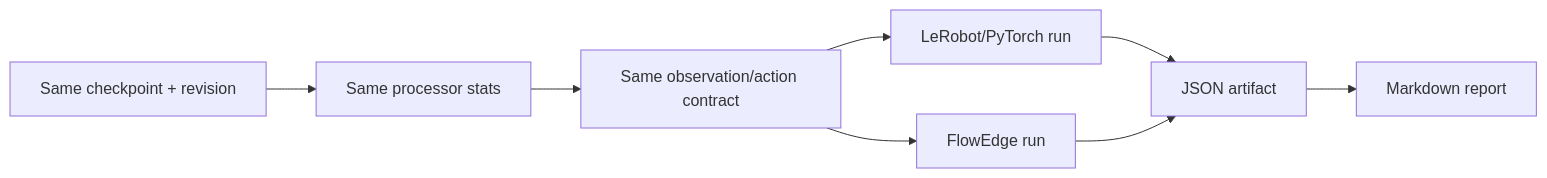
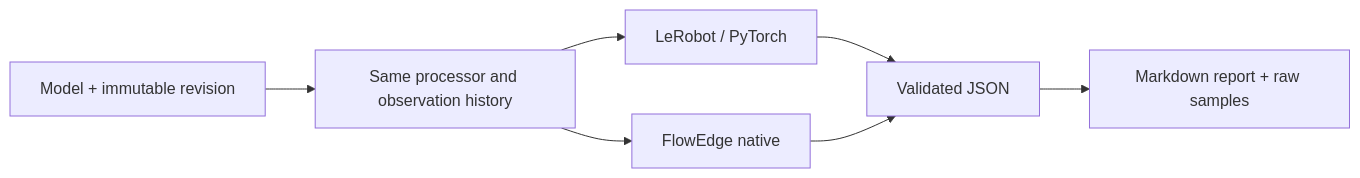
One commit to elprofesoriqo/FlowEdge changed the diagram in docs/guides/edge-benchmarks.md. Above: the diagram before and after it, drawn with Mermaid. The commit also changed other lines of this file and 2 other files, not shown here.

Commit message:
docs: add compact benchmark map and report guide

````diff
--- a/docs/guides/edge-benchmarks.md
+++ b/docs/guides/edge-benchmarks.md
@@ -7,10 +3,8 @@
 ```{mermaid}
 flowchart LR
-  C[Same checkpoint + revision] --> P[Same processor stats]
-  P --> I[Same observation/action contract]
-  I --> L[LeRobot/PyTorch run]
-  I --> F[FlowEdge run]
-  L --> A[JSON artifact]
-  F --> A
-  A --> R[Markdown report]
+  M[Model + immutable revision] --> X[Same processor and observation history]
+  X --> T[LeRobot / PyTorch]
+  X --> F[FlowEdge native]
+  T & F --> J[Validated JSON]
+  J --> R[Markdown report + raw samples]
 ```
````
